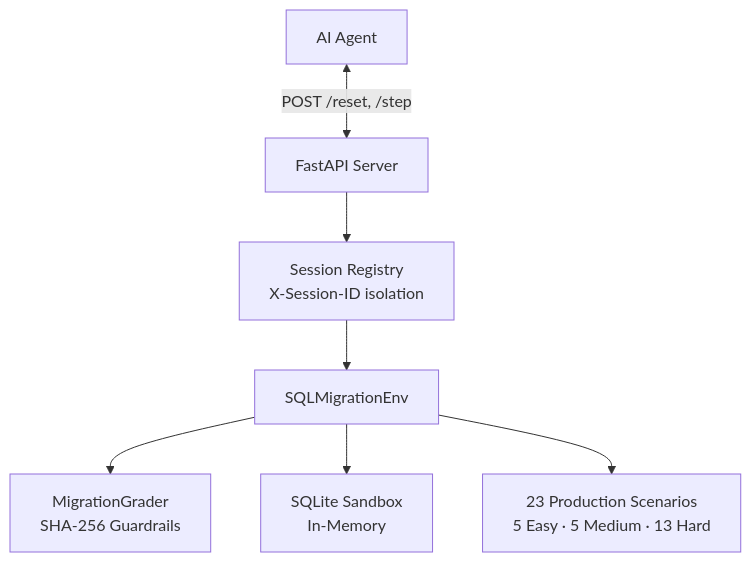
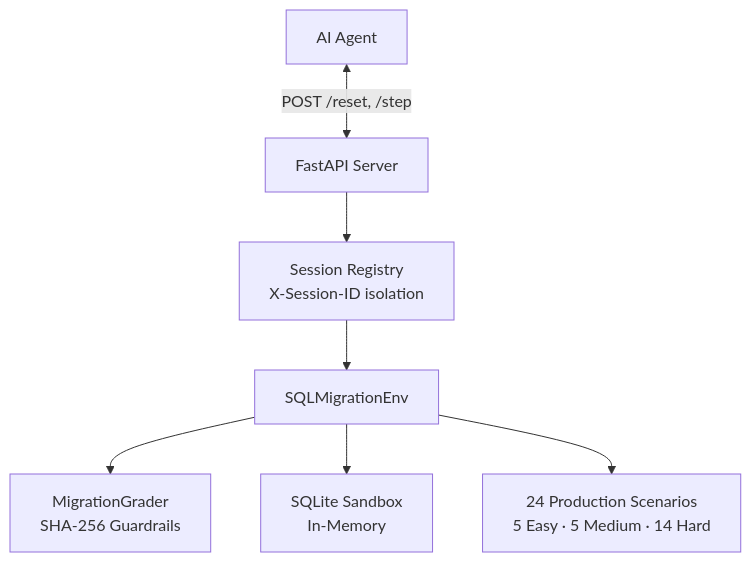
The diagram in README.md (ShyamAlancode/sql-migration-env), drawn with Mermaid before and after one commit. The commit also changed other lines of this file and 6 other files, not shown here.

````diff
--- a/README.md
+++ b/README.md
@@ -152,9 +153,9 @@
 ```mermaid
 graph TD
     A[AI Agent] <-->|POST /reset, /step| B[FastAPI Server]
     B --> C[Session Registry<br>X-Session-ID isolation]
     C --> D[SQLMigrationEnv]
     D --> E[MigrationGrader<br>SHA-256 Guardrails]
     D --> F[SQLite Sandbox<br>In-Memory]
-    D --> G[23 Production Scenarios<br>5 Easy · 5 Medium · 13 Hard]
+    D --> G[24 Production Scenarios<br>5 Easy · 5 Medium · 14 Hard]
 ```
````
